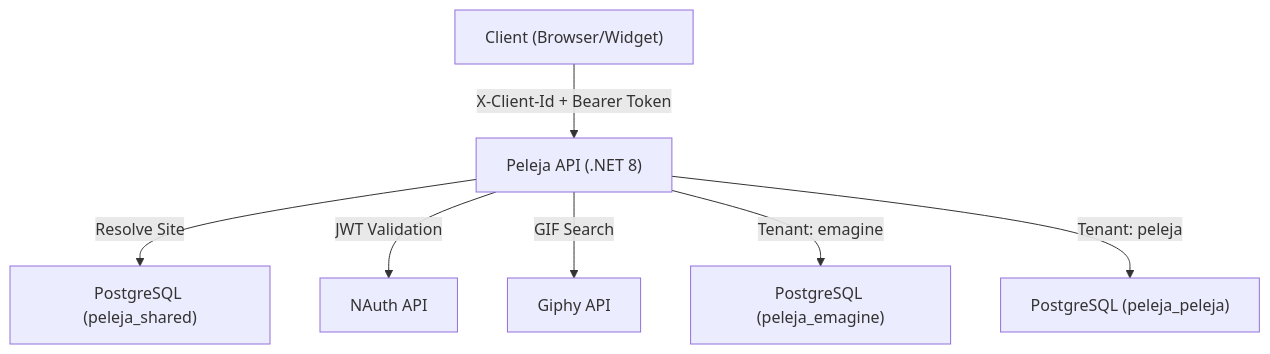
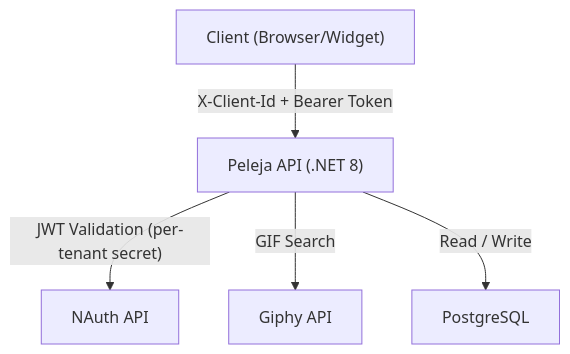
The diagram in README.md (emaginebr/Peleja), drawn with Mermaid before and after one commit. The commit also changed other lines of this file and 1 other file, not shown here.

````diff
--- a/README.md
+++ b/README.md
@@ -82,9 +82,7 @@
 ```mermaid
 flowchart TD
     Client["Client (Browser/Widget)"] -->|"X-Client-Id + Bearer Token"| API["Peleja API (.NET 8)"]
-    API -->|"Resolve Site"| DB_S["PostgreSQL (peleja_shared)"]
-    API -->|"JWT Validation"| NAuth["NAuth API"]
+    API -->|"JWT Validation (per-tenant secret)"| NAuth["NAuth API"]
     API -->|"GIF Search"| Giphy["Giphy API"]
-    API -->|"Tenant: emagine"| DB_E["PostgreSQL (peleja_emagine)"]
-    API -->|"Tenant: peleja"| DB_P["PostgreSQL (peleja_peleja)"]
+    API -->|"Read / Write"| DB["PostgreSQL"]
 ```
````
